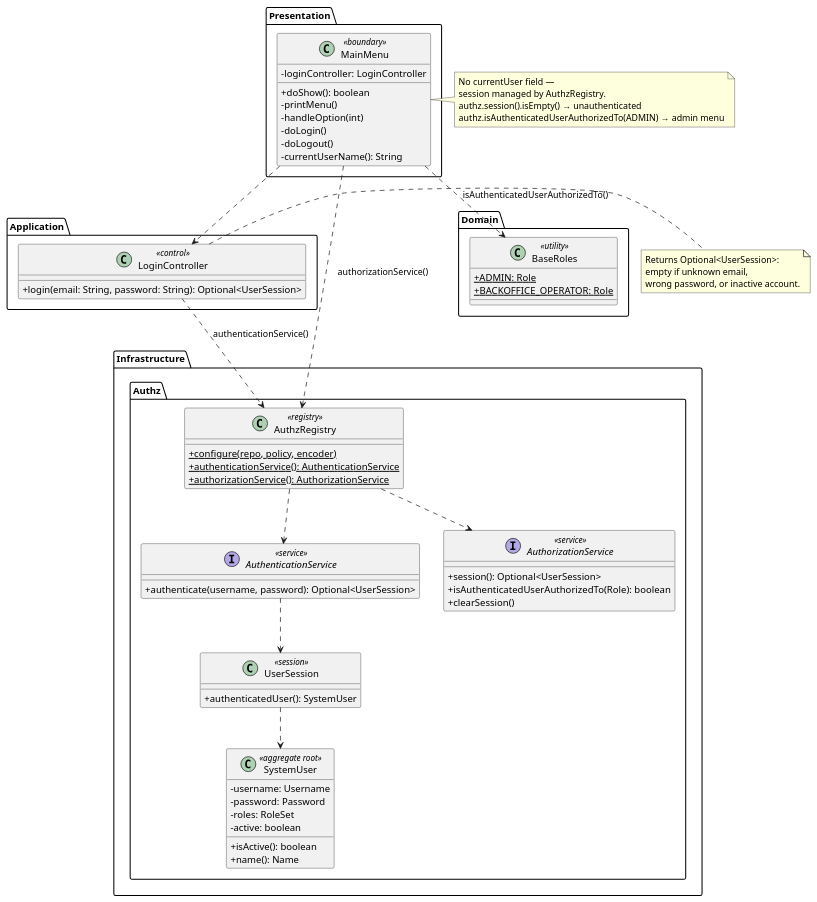
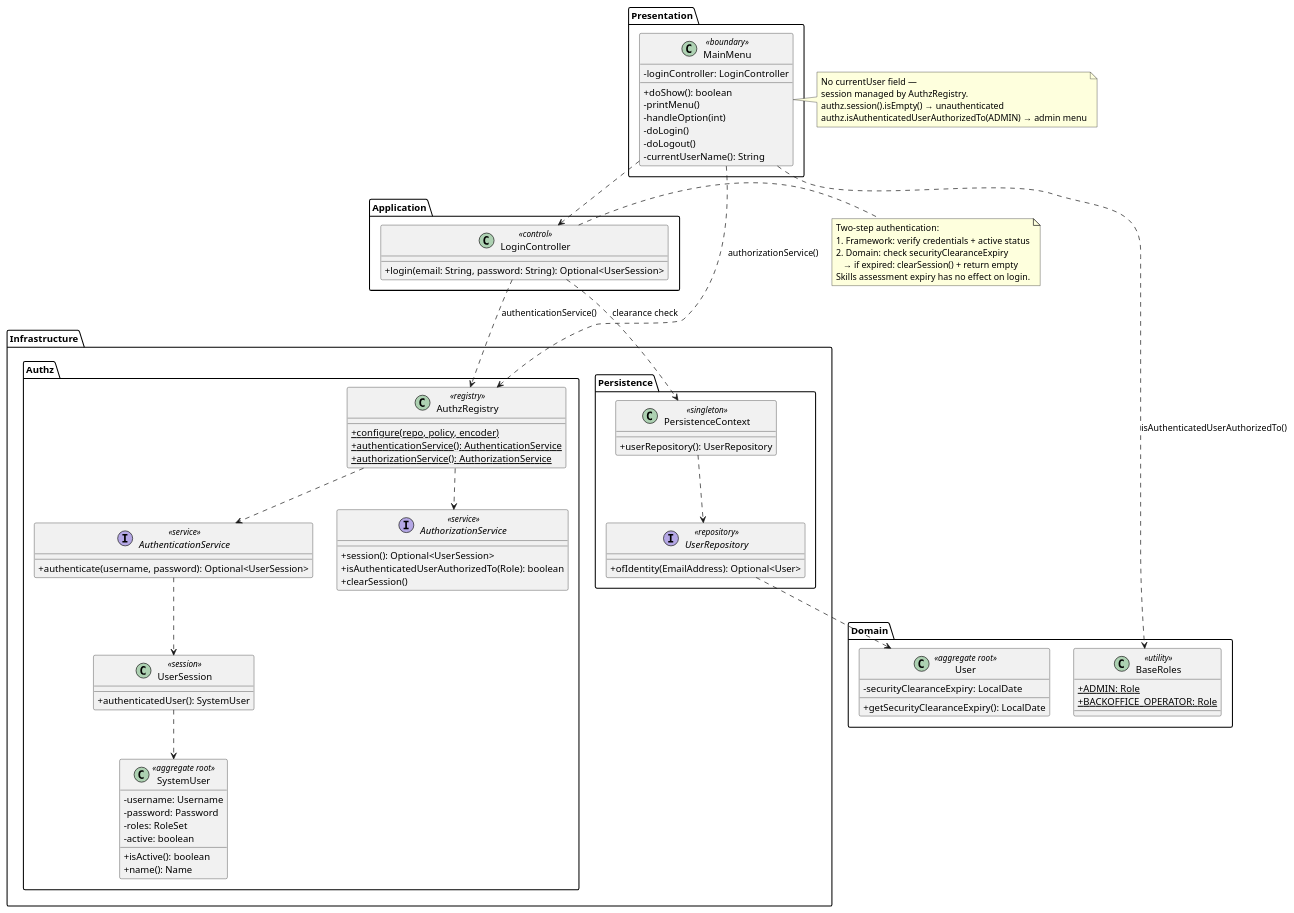
Before and after one commit to DuartePinto1240/sem4pi2526-sem4pi2526_2da2: the diagram in docs/Sprint 2/EAPLI/US030/puml/US030-class-diagram.puml, drawn with PlantUML. The commit also changed 19 other files, not shown here.

Commit message:
US030, US031, US033: Security clearance login check, UserDTO, updated tests and documentation.#5 , #6 and # 8

```diff
--- a/docs/Sprint 2/EAPLI/US030/puml/US030-class-diagram.puml
+++ b/docs/Sprint 2/EAPLI/US030/puml/US030-class-diagram.puml
@@ -1,77 +1,95 @@
 @startuml
 skinparam classAttributeIconSize 0
 
 package "Presentation" {
   class MainMenu <<boundary>> {
     -loginController: LoginController
     +doShow(): boolean
     -printMenu()
     -handleOption(int)
     -doLogin()
     -doLogout()
     -currentUserName(): String
   }
 }
 
 package "Application" {
   class LoginController <<control>> {
     +login(email: String, password: String): Optional<UserSession>
   }
 }
 
 package "Infrastructure.Authz" {
   class AuthzRegistry <<registry>> {
     {static} +configure(repo, policy, encoder)
     {static} +authenticationService(): AuthenticationService
     {static} +authorizationService(): AuthorizationService
   }
   interface AuthenticationService <<service>> {
     +authenticate(username, password): Optional<UserSession>
   }
   interface AuthorizationService <<service>> {
     +session(): Optional<UserSession>
     +isAuthenticatedUserAuthorizedTo(Role): boolean
     +clearSession()
   }
   class UserSession <<session>> {
     +authenticatedUser(): SystemUser
   }
   class SystemUser <<aggregate root>> {
     -username: Username
     -password: Password
     -roles: RoleSet
     -active: boolean
     +isActive(): boolean
     +name(): Name
   }
 }
 
 package "Domain" {
   class BaseRoles <<utility>> {
     {static} +ADMIN: Role
     {static} +BACKOFFICE_OPERATOR: Role
   }
+  class User <<aggregate root>> {
+    -securityClearanceExpiry: LocalDate
+    +getSecurityClearanceExpiry(): LocalDate
+  }
+}
+
+package "Infrastructure.Persistence" {
+  class PersistenceContext <<singleton>> {
+    +userRepository(): UserRepository
+  }
+  interface UserRepository <<repository>> {
+    +ofIdentity(EmailAddress): Optional<User>
+  }
 }
 
 MainMenu ..> LoginController
 MainMenu ..> AuthzRegistry : authorizationService()
 LoginController ..> AuthzRegistry : authenticationService()
+LoginController ..> PersistenceContext : clearance check
 AuthzRegistry ..> AuthenticationService
 AuthzRegistry ..> AuthorizationService
 AuthenticationService ..> UserSession
 UserSession ..> SystemUser
 MainMenu ..> BaseRoles : isAuthenticatedUserAuthorizedTo()
+PersistenceContext ..> UserRepository
+UserRepository ..> User
 
 note right of MainMenu
   No currentUser field —
   session managed by AuthzRegistry.
   authz.session().isEmpty() → unauthenticated
   authz.isAuthenticatedUserAuthorizedTo(ADMIN) → admin menu
 end note
 
 note right of LoginController
-  Returns Optional<UserSession>:
-  empty if unknown email,
-  wrong password, or inactive account.
+  Two-step authentication:
+  1. Framework: verify credentials + active status
+  2. Domain: check securityClearanceExpiry
+     → if expired: clearSession() + return empty
+  Skills assessment expiry has no effect on login.
 end note
 @enduml
```
